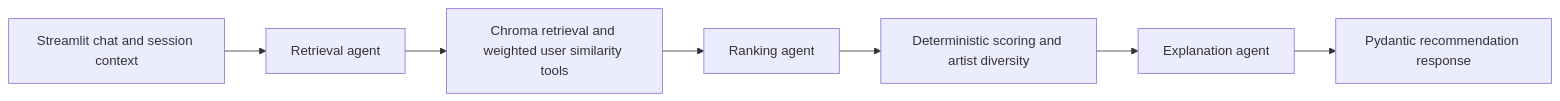
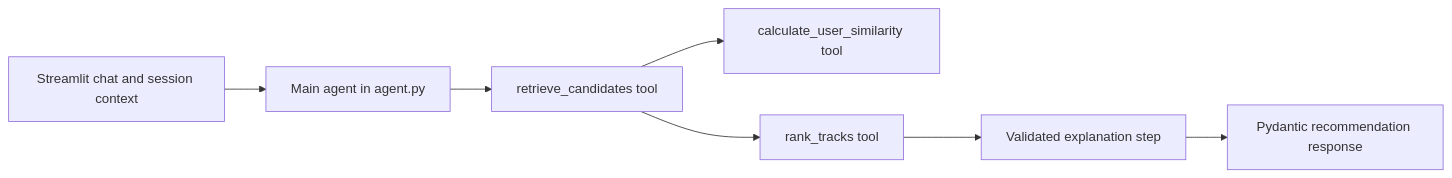
One commit to TReV-89/RecSysChallenge2026Assignment changed the diagram in agentic_system/README.md. Above: the diagram before and after it, drawn with Mermaid. The commit also changed other lines of this file and 25 other files, not shown here.

````diff
--- a/agentic_system/README.md
+++ b/agentic_system/README.md
@@ -88,9 +97,9 @@
 ```mermaid
 flowchart LR
-    Chat[Streamlit chat and session context] --> Retrieve[Retrieval agent]
-    Retrieve --> Search[Chroma retrieval and weighted user similarity tools]
-    Search --> Rank[Ranking agent]
-    Rank --> Scores[Deterministic scoring and artist diversity]
-    Scores --> Explain[Explanation agent]
+    Chat[Streamlit chat and session context] --> Agent[Main agent in agent.py]
+    Agent --> Retrieve[retrieve_candidates tool]
+    Retrieve --> Similarity[calculate_user_similarity tool]
+    Retrieve --> Rank[rank_tracks tool]
+    Rank --> Explain[Validated explanation step]
     Explain --> Output[Pydantic recommendation response]
 ```
````
